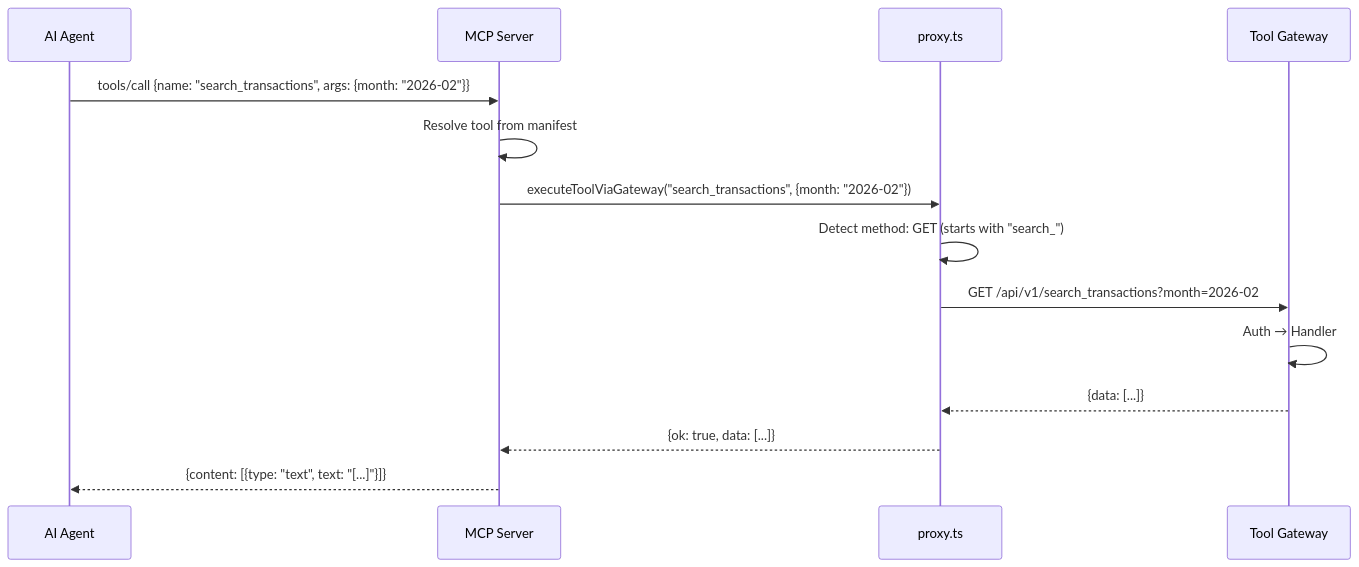
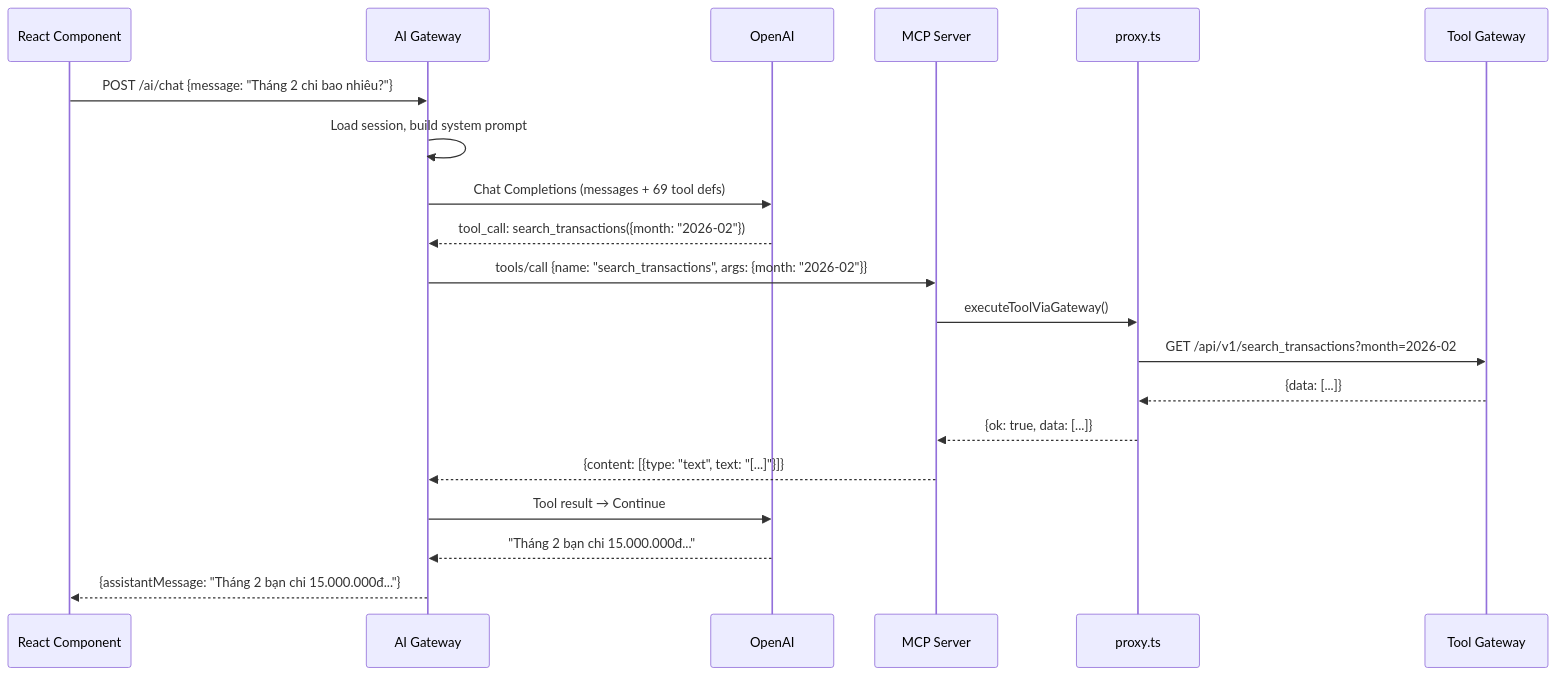
The tenth of 10 diagrams in system_architecture.md (lechautu/money-manager), drawn with Mermaid before and after one commit. The commit also changed other lines of this file and 21 other files, not shown here.

Commit message:
feat: add AI chat overlay assets and update system documentation/mcp-server

````diff
--- a/system_architecture.md
+++ b/system_architecture.md
@@ -683,17 +835,23 @@
 ```mermaid
 sequenceDiagram
-    participant AI as AI Agent
+    participant User as React Component
+    participant AG as AI Gateway
+    participant LLM as OpenAI
     participant MCP as MCP Server
     participant Proxy as proxy.ts
     participant GW as Tool Gateway
 
-    AI->>MCP: tools/call {name: "search_transactions", args: {month: "2026-02"}}
-    MCP->>MCP: Resolve tool from manifest
-    MCP->>Proxy: executeToolViaGateway("search_transactions", {month: "2026-02"})
-    Proxy->>Proxy: Detect method: GET (starts with "search_")
+    User->>AG: POST /ai/chat {message: "Tháng 2 chi bao nhiêu?"}
+    AG->>AG: Load session, build system prompt
+    AG->>LLM: Chat Completions (messages + 69 tool defs)
+    LLM-->>AG: tool_call: search_transactions({month: "2026-02"})
+    AG->>MCP: tools/call {name: "search_transactions", args: {month: "2026-02"}}
+    MCP->>Proxy: executeToolViaGateway()
     Proxy->>GW: GET /api/v1/search_transactions?month=2026-02
-    GW->>GW: Auth → Handler
     GW-->>Proxy: {data: [...]}
     Proxy-->>MCP: {ok: true, data: [...]}
-    MCP-->>AI: {content: [{type: "text", text: "[...]"}]}
+    MCP-->>AG: {content: [{type: "text", text: "[...]"}]}
+    AG->>LLM: Tool result → Continue
+    LLM-->>AG: "Tháng 2 bạn chi 15.000.000đ..."
+    AG-->>User: {assistantMessage: "Tháng 2 bạn chi 15.000.000đ..."}
 ```
````
